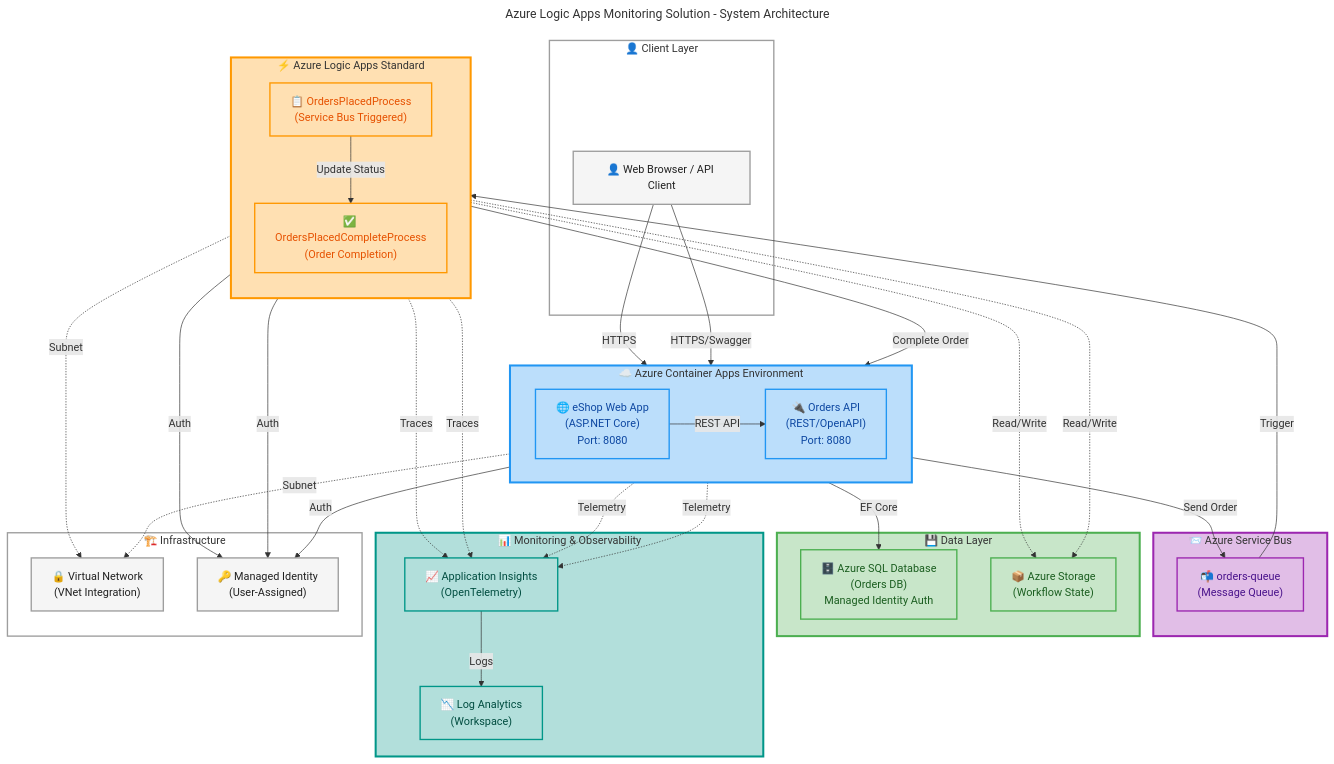
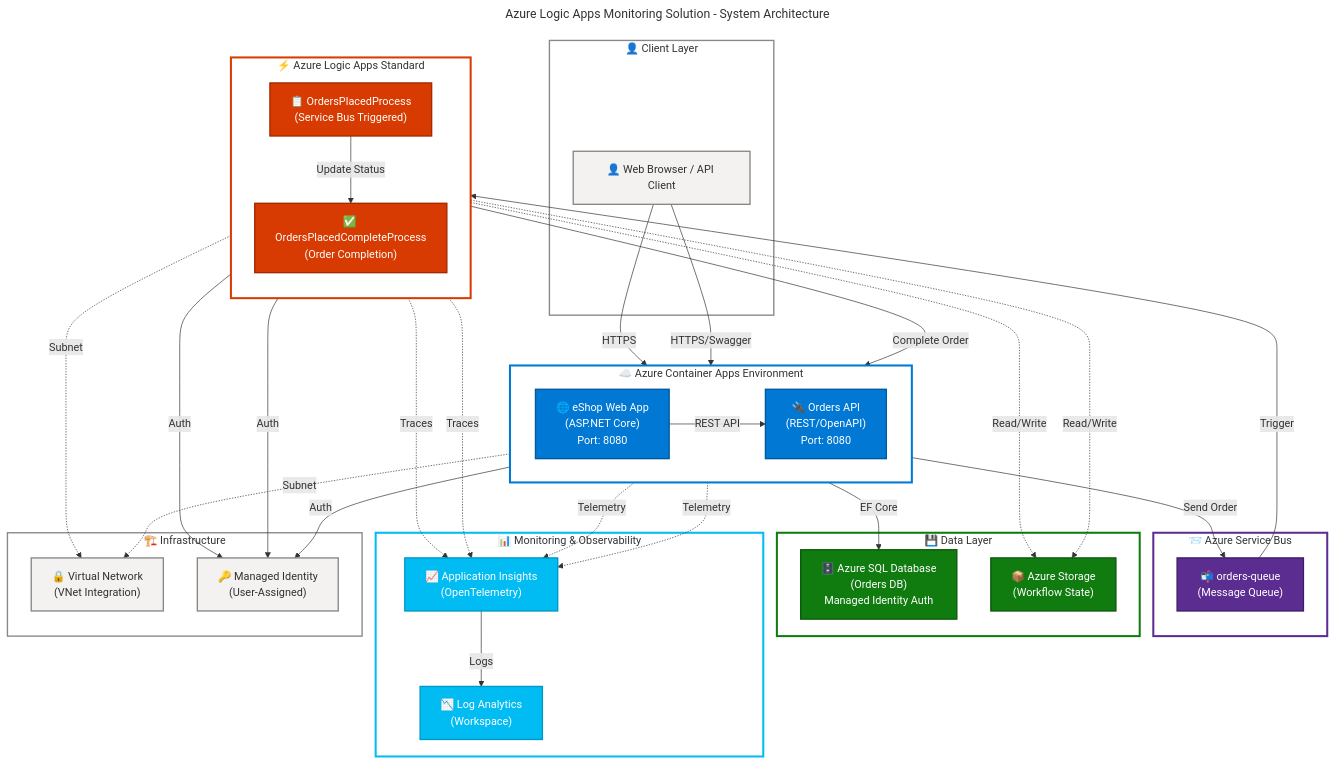
Before and after one commit to Evilazaro/Azure-LogicApps-Monitoring: the diagram in README.md, drawn with Mermaid.

Commit message:
docs: update color definitions and styling in README for improved accessibility and alignment with Azure branding

````diff
--- a/README.md
+++ b/README.md
@@ -168,29 +168,29 @@
     aca -.->|Subnet| vnet
     logic -.->|Subnet| vnet
 
-    %% Color Definitions (Microsoft Fluent UI / Azure Palette)
-    classDef azureBlue fill:#BBDEFB,stroke:#2196F3,stroke-width:2px,color:#0D47A1
-    classDef azureGreen fill:#C8E6C9,stroke:#4CAF50,stroke-width:2px,color:#1B5E20
-    classDef azureOrange fill:#FFE0B2,stroke:#FF9800,stroke-width:2px,color:#E65100
-    classDef azurePurple fill:#E1BEE7,stroke:#9C27B0,stroke-width:2px,color:#4A148C
-    classDef azureTeal fill:#B2DFDB,stroke:#009688,stroke-width:2px,color:#004D40
-    classDef neutral fill:#F5F5F5,stroke:#9E9E9E,stroke-width:2px,color:#212121
+    %% Color Definitions (Azure Brand Palette)
+    classDef azureBlue fill:#0078D4,stroke:#005A9E,stroke-width:2px,color:#FFFFFF
+    classDef azureGreen fill:#107C10,stroke:#0B5A0B,stroke-width:2px,color:#FFFFFF
+    classDef azureOrange fill:#D83B01,stroke:#A52A00,stroke-width:2px,color:#FFFFFF
+    classDef azurePurple fill:#5C2D91,stroke:#401B6C,stroke-width:2px,color:#FFFFFF
+    classDef azureTeal fill:#00BCF2,stroke:#0098C7,stroke-width:2px,color:#FFFFFF
+    classDef neutral fill:#F3F2F1,stroke:#8A8886,stroke-width:2px,color:#323130
 
     %% Subgraph Styling (MRM-S001 compliant)
-    style client fill:#FFFFFF,stroke:#9E9E9E,stroke-width:2px
-    style aca fill:#BBDEFB,stroke:#2196F3,stroke-width:3px
-    style logic fill:#FFE0B2,stroke:#FF9800,stroke-width:3px
-    style messaging fill:#E1BEE7,stroke:#9C27B0,stroke-width:3px
-    style data fill:#C8E6C9,stroke:#4CAF50,stroke-width:3px
-    style monitoring fill:#B2DFDB,stroke:#009688,stroke-width:3px
-    style infra fill:#FFFFFF,stroke:#9E9E9E,stroke-width:2px
+    style client fill:#FFFFFF,stroke:#8A8886,stroke-width:2px
+    style aca fill:#FFFFFF,stroke:#0078D4,stroke-width:3px
+    style logic fill:#FFFFFF,stroke:#D83B01,stroke-width:3px
+    style messaging fill:#FFFFFF,stroke:#5C2D91,stroke-width:3px
+    style data fill:#FFFFFF,stroke:#107C10,stroke-width:3px
+    style monitoring fill:#FFFFFF,stroke:#00BCF2,stroke-width:3px
+    style infra fill:#FFFFFF,stroke:#8A8886,stroke-width:2px
 
     %% Accessibility: WCAG AA compliant (4.5:1 contrast ratio verified)
     %% Color Palette Documentation:
-    %% - azureBlue (#BBDEFB): Container Apps, APIs (Information/Communication)
-    %% - azureGreen (#C8E6C9): Data Layer (SQL, Storage)
-    %% - azureOrange (#FFE0B2): Logic Apps Workflows (Processing/Orchestration)
-    %% - azurePurple (#E1BEE7): Messaging (Service Bus)
-    %% - azureTeal (#B2DFDB): Monitoring (App Insights, Log Analytics)
-    %% - neutral (#F5F5F5): Infrastructure, Client (Non-semantic)
+    %% - azureBlue (#0078D4): Container Apps, APIs (Azure primary blue)
+    %% - azureGreen (#107C10): Data Layer (SQL, Storage)
+    %% - azureOrange (#D83B01): Logic Apps Workflows (Processing/Orchestration)
+    %% - azurePurple (#5C2D91): Messaging (Service Bus)
+    %% - azureTeal (#00BCF2): Monitoring (App Insights, Log Analytics - distinct from Container Apps)
+    %% - neutral (#F3F2F1): Infrastructure, Client (Non-semantic)
 ```
````
